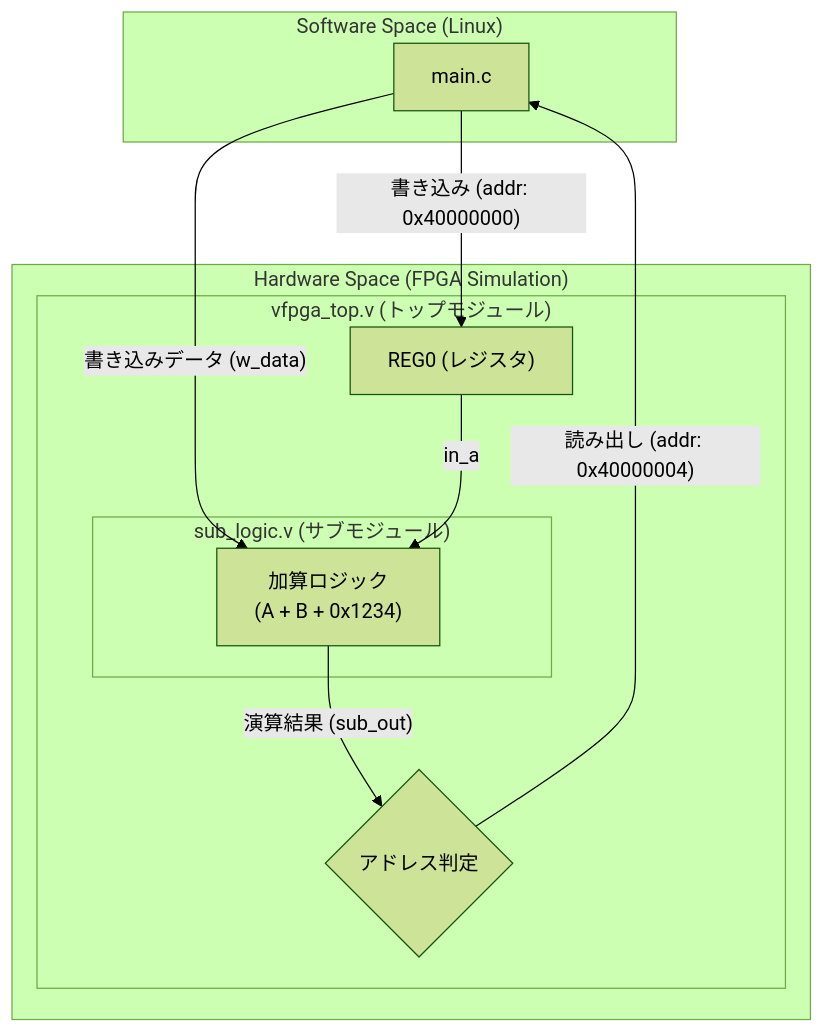
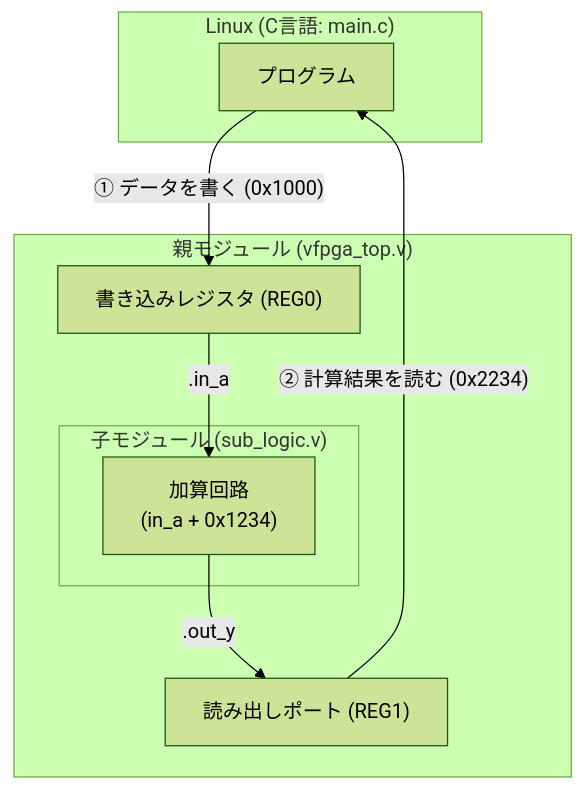
Before and after one commit to sirosiro/FPGA-BoardlessBench: the diagram in tests/scenarios/05_multi_v_files/README.md, drawn with Mermaid (forest theme). The commit also changed other lines of this file and 48 other files, not shown here.

````diff
--- a/tests/scenarios/05_multi_v_files/README.md
+++ b/tests/scenarios/05_multi_v_files/README.md
@@ -10,23 +20,21 @@
 ```mermaid
-graph TD
-    subgraph "Software Space (Linux)"
-        App["main.c"]
+flowchart TD
+    subgraph Software ["Linux (C言語: main.c)"]
+        C_App["プログラム"]
     end
 
-    subgraph "Hardware Space (FPGA Simulation)"
-        subgraph "vfpga_top.v (トップモジュール)"
-            Reg0["REG0 (レジスタ)"]
-            ReadSel{"アドレス判定"}
+    subgraph Top ["親モジュール (vfpga_top.v)"]
+        Reg0["書き込みレジスタ (REG0)"]
+        
+        subgraph Sub ["子モジュール (sub_logic.v)"]
+            Calc["加算回路\n(in_a + 0x1234)"]
+        end
 
-            subgraph "sub_logic.v (サブモジュール)"
-                Logic["加算ロジック<br/>(A + B + 0x1234)"]
-            end
-        end
+        ReadPort["読み出しポート (REG1)"]
     end
 
-    App -->|"書き込み (addr: 0x40000000)"| Reg0
-    App -->|"書き込みデータ (w_data)"| Logic
-    Reg0 -->|"in_a"| Logic
-    Logic -->|"演算結果 (sub_out)"| ReadSel
-    ReadSel -->|"読み出し (addr: 0x40000004)"| App
+    C_App -->|"① データを書く (0x1000)"| Reg0
+    Reg0 -->|".in_a"| Calc
+    Calc -->|".out_y"| ReadPort
+    ReadPort -->|"② 計算結果を読む (0x2234)"| C_App
 ```
````
